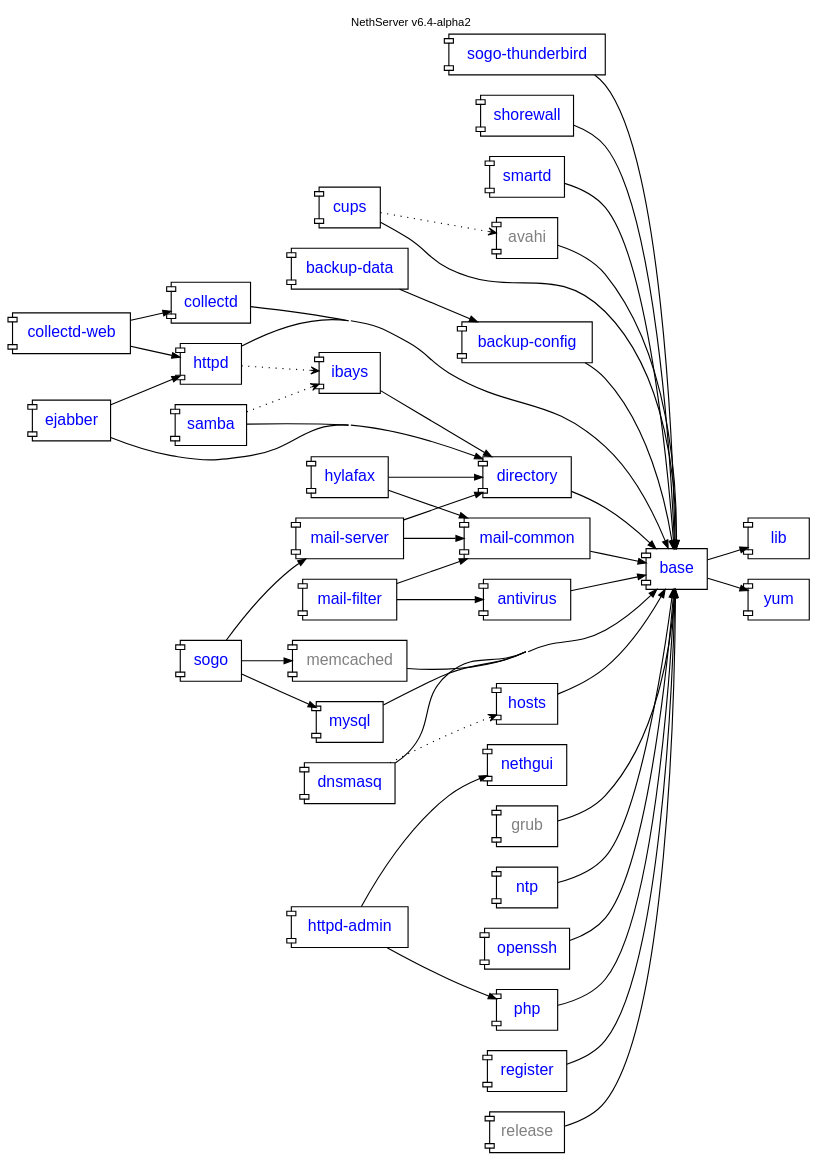
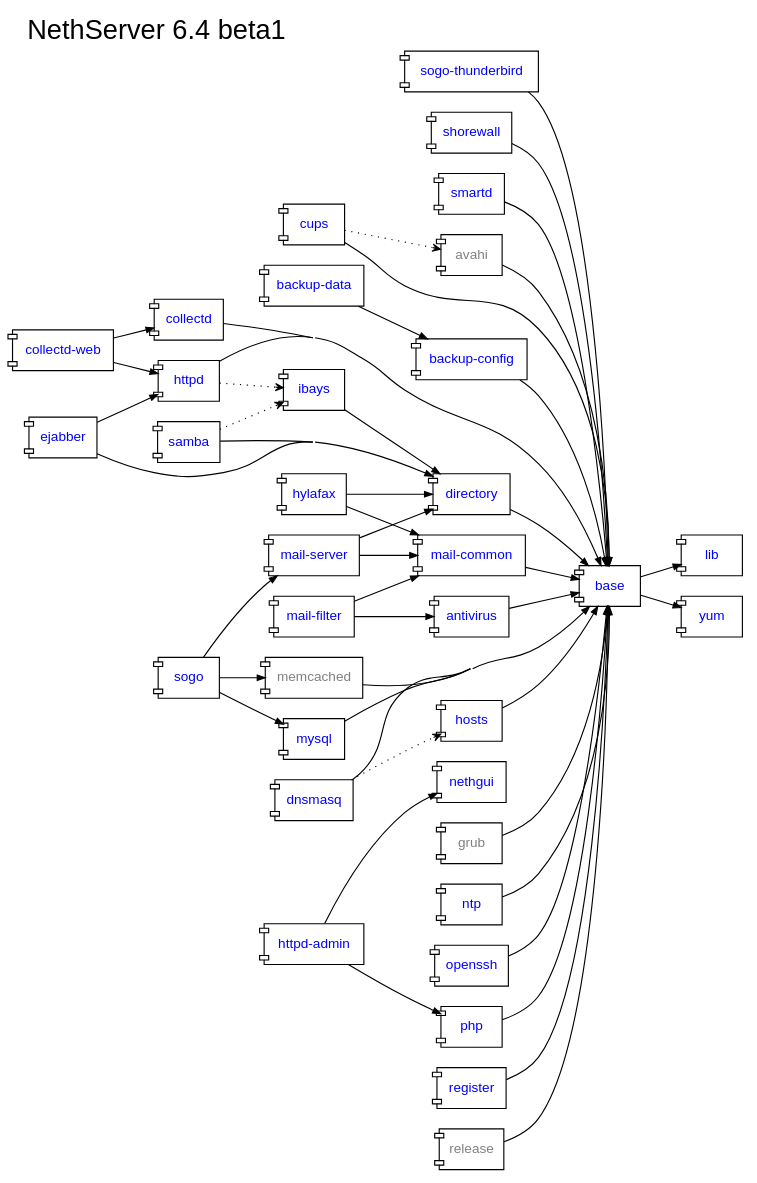
The diagram in nethserver/package-dependencies.dot (nethesis/dev-nethesis-it), drawn with Graphviz before and after one commit.

Commit message:
package-dependencies graph: style attributes refactor

```diff
--- a/nethserver/package-dependencies.dot
+++ b/nethserver/package-dependencies.dot
@@ -1,91 +1,97 @@
-digraph "v6.4-alpha2" {
-    rankdir = "LR"; compound = true; concentrate = true; fontname = "Helvetica"; fontnames="svg"; fontsize=10.0; label="NethServer v6.4-alpha2"; labelloc = "t"
+digraph "v6.4-beta1" {
+	rankdir = "LR";
+	compound = true;
+	concentrate = true;
+	label="NethServer 6.4 beta1";
+	fontsize = 24.0
+	labelloc = "t";
+	labeljust = "l";
+	fontname="sans-serif";
+	
 
-    node [shape="component",fontname="Helvetica"];
+    node [shape="component",fontname="sans-serif",fontcolor=blue,fontsize=12.0];
     edge [arrowsize=0.7];
 
-    antivirus [fontcolor=blue,URL="http://dev.nethesis.it/projects/nethserver/wiki/nethserver-antivirus"];
+    antivirus [URL="http://dev.nethesis.it/projects/nethserver/wiki/nethserver-antivirus"];
     avahi [fontcolor=gray];
-    backup_config [label="backup-config",fontcolor=blue,URL="http://dev.nethesis.it/projects/nethserver/wiki/nethserver-backup"];
-    backup_data [label="backup-data",fontcolor=blue,URL="http://dev.nethesis.it/projects/nethserver/wiki/nethserver-backup"];   
-    base [fontcolor=blue,URL="http://dev.nethesis.it/projects/nethserver/wiki/nethserver-base"];
-    collectd [fontcolor=blue,URL="http://dev.nethesis.it/projects/nethserver/wiki/nethserver-collectd"];
-    collectd_web [label="collectd-web",fontcolor=blue,URL="http://dev.nethesis.it/projects/nethserver/wiki/nethserver-collectd-web"];
-    cups [fontcolor=blue,URL="http://dev.nethesis.it/projects/nethserver-cups/wiki/nethserver-cups"];
-    directory [fontcolor=blue,URL="http://dev.nethesis.it/projects/nethserver/wiki/nethserver-directory"];
-    dnsmasq [fontcolor=blue,URL="http://dev.nethesis.it/projects/nethserver/wiki/nethserver-dnsmasq"];
-    ejabber [fontcolor=blue,URL="http://dev.nethesis.it/projects/nethserver-ejabberd/wiki/nethserver-ejabberd"];
+    backup_config [label="backup-config",URL="http://dev.nethesis.it/projects/nethserver/wiki/nethserver-backup"];
+    backup_data [label="backup-data",URL="http://dev.nethesis.it/projects/nethserver/wiki/nethserver-backup"];   
+    base [URL="http://dev.nethesis.it/projects/nethserver/wiki/nethserver-base"];
+    collectd [URL="http://dev.nethesis.it/projects/nethserver/wiki/nethserver-collectd"];
+    collectd_web [label="collectd-web",URL="http://dev.nethesis.it/projects/nethserver/wiki/nethserver-collectd-web"];
+    cups [URL="http://dev.nethesis.it/projects/nethserver-cups/wiki/nethserver-cups"];
+    directory [URL="http://dev.nethesis.it/projects/nethserver/wiki/nethserver-directory"];
+    dnsmasq [URL="http://dev.nethesis.it/projects/nethserver/wiki/nethserver-dnsmasq"];
+    ejabber [URL="http://dev.nethesis.it/projects/nethserver-ejabberd/wiki/nethserver-ejabberd"];
     grub [fontcolor=gray];
-    hosts [fontcolor=blue,URL="http://dev.nethesis.it/projects/nethserver/wiki/nethserver-hosts"];
-    httpd_admin [fontcolor=blue,label="httpd-admin",URL="http://dev.nethesis.it/projects/nethserver/wiki/nethserver-httpd-admin"];
-    httpd [fontcolor=blue,URL="http://dev.nethesis.it/projects/nethserver/wiki/nethserver-httpd"];
-    hylafax [fontcolor=blue,URL="http://dev.nethesis.it/projects/nethserver-hylafax/wiki/nethserver-hylafax"];
-    ibays [fontcolor=blue,URL="http://dev.nethesis.it/projects/nethserver/wiki/nethserver-ibays"];
-    lib [fontcolor=blue,URL="http://dev.nethesis.it/projects/nethserver/wiki/nethserver-lib"];
-    mail_common [label="mail-common",fontcolor=blue,URL="http://dev.nethesis.it/projects/nethserver/wiki/nethserver-mail-common"];
-    mail_filter [label="mail-filter",fontcolor=blue,URL="http://dev.nethesis.it/projects/nethserver/wiki/nethserver-mail-filter"];
-    mail_server [label="mail-server",fontcolor=blue,URL="http://dev.nethesis.it/projects/nethserver/wiki/nethserver-mail-server"];
+    hosts [URL="http://dev.nethesis.it/projects/nethserver/wiki/nethserver-hosts"];
+    httpd_admin [label="httpd-admin",URL="http://dev.nethesis.it/projects/nethserver/wiki/nethserver-httpd-admin"];
+    httpd [URL="http://dev.nethesis.it/projects/nethserver/wiki/nethserver-httpd"];
+    hylafax [URL="http://dev.nethesis.it/projects/nethserver-hylafax/wiki/nethserver-hylafax"];
+    ibays [URL="http://dev.nethesis.it/projects/nethserver/wiki/nethserver-ibays"];
+    lib [URL="http://dev.nethesis.it/projects/nethserver/wiki/nethserver-lib"];
+    mail_common [label="mail-common",URL="http://dev.nethesis.it/projects/nethserver/wiki/nethserver-mail-common"];
+    mail_filter [label="mail-filter",URL="http://dev.nethesis.it/projects/nethserver/wiki/nethserver-mail-filter"];
+    mail_server [label="mail-server",URL="http://dev.nethesis.it/projects/nethserver/wiki/nethserver-mail-server"];
     memcached [fontcolor=gray];
-    mysql [fontcolor=blue,URL="http://dev.nethesis.it/projects/nethserver/wiki/nethserver-mysql"];
-    nethgui [fontcolor=blue,URL="http://dev.nethesis.it/projects/nethgui"];
-    ntp [fontcolor=blue,URL="http://dev.nethesis.it/projects/nethserver/wiki/nethserver-ntp"];
-    openssh [fontcolor=blue,URL="http://dev.nethesis.it/projects/nethserver/wiki/nethserver-openssh"];
-    php [fontcolor=blue,URL="http://dev.nethesis.it/projects/nethserver/wiki/nethserver-php"];
-    register [fontcolor=blue,URL="http://dev.nethesis.it/projects/nethserver/wiki/nethserver-register"];
+    mysql [URL="http://dev.nethesis.it/projects/nethserver/wiki/nethserver-mysql"];
+    nethgui [URL="http://dev.nethesis.it/projects/nethgui"];
+    ntp [URL="http://dev.nethesis.it/projects/nethserver/wiki/nethserver-ntp"];
+    openssh [URL="http://dev.nethesis.it/projects/nethserver/wiki/nethserver-openssh"];
+    php [URL="http://dev.nethesis.it/projects/nethserver/wiki/nethserver-php"];
+    register [URL="http://dev.nethesis.it/projects/nethserver/wiki/nethserver-register"];
     release [fontcolor=gray];
-    samba [fontcolor=blue,URL="http://dev.nethesis.it/projects/nethserver/wiki/nethserver-samba"];
-    sogo [fontcolor=blue,URL="https://dev.nethesis.it/projects/nethserver/wiki/nethserver-sogo"];
-    sogo_thunderbird [label="sogo-thunderbird",fontcolor=blue,URL="https://dev.nethesis.it/projects/nethserver/wiki/nethserver-sogo-thunderbird"];
-    shorewall [fontcolor=blue,URL="https://dev.nethesis.it/projects/nethserver/wiki/nethserver-shorewall"];        
-    smartd [fontcolor=blue,URL="https://dev.nethesis.it/projects/nethserver/wiki/nethserver-smartd"];    
-    yum [fontcolor=blue,URL="http://dev.nethesis.it/projects/nethserver/wiki/nethserver-yum"];
-		 
-   
-    
+    samba [URL="http://dev.nethesis.it/projects/nethserver/wiki/nethserver-samba"];
+    sogo [URL="https://dev.nethesis.it/projects/nethserver/wiki/nethserver-sogo"];
+    sogo_thunderbird [label="sogo-thunderbird",URL="https://dev.nethesis.it/projects/nethserver/wiki/nethserver-sogo-thunderbird"];
+    shorewall [URL="https://dev.nethesis.it/projects/nethserver/wiki/nethserver-shorewall"];        
+    smartd [URL="https://dev.nethesis.it/projects/nethserver/wiki/nethserver-smartd"];    
+    yum [URL="http://dev.nethesis.it/projects/nethserver/wiki/nethserver-yum"];
+		       
     base -> lib
     openssh -> base
     directory -> base
     samba -> directory
     ibays -> directory
     httpd -> base
     httpd -> ibays [style=dotted,arrowhead=vee];
     dnsmasq -> hosts [style=dotted,arrowhead=vee];
     dnsmasq -> base
     hosts -> base
     httpd_admin -> php
     httpd_admin -> nethgui
     samba -> ibays [style=dotted,arrowhead=vee];
     base -> yum
     ntp -> base
     php -> base
     mail_server -> directory
     mail_server -> mail_common
     mail_filter -> mail_common
     mail_filter -> antivirus
     mail_common -> base
     antivirus -> base
     release -> base
     grub -> base
     cups -> base
     avahi -> base
     cups -> avahi [style=dotted,arrowhead=vee];
     ejabber -> directory
     ejabber -> httpd
     mysql -> base
     hylafax -> directory
     hylafax -> mail_common
     sogo -> memcached
     sogo -> mail_server
     sogo -> mysql
     sogo_thunderbird -> base
     memcached -> base
     collectd -> base
     collectd_web -> collectd
     collectd_web -> httpd
     backup_config -> base
     backup_data -> backup_config
     register -> base
     smartd -> base
     shorewall -> base
 
 }
```
